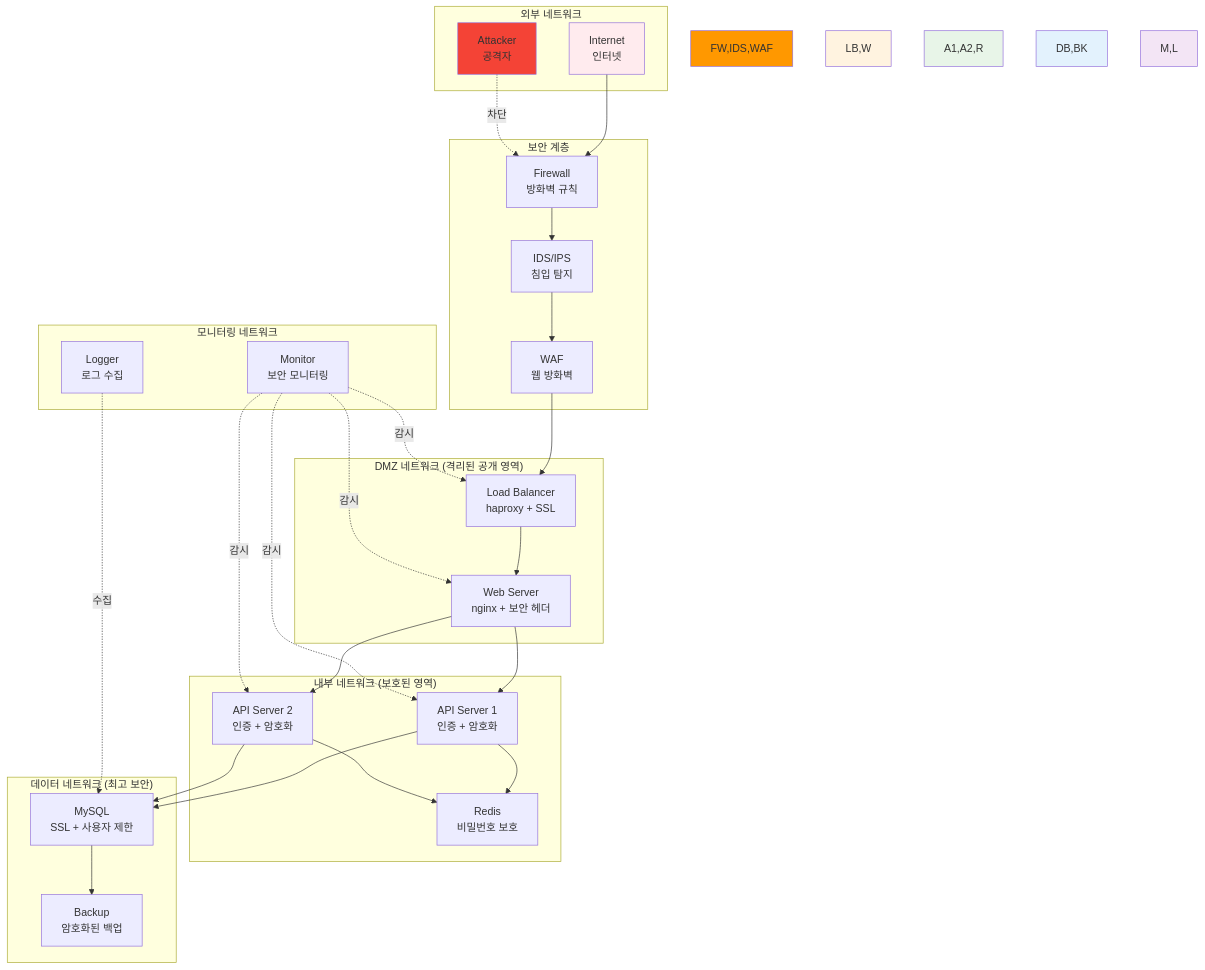
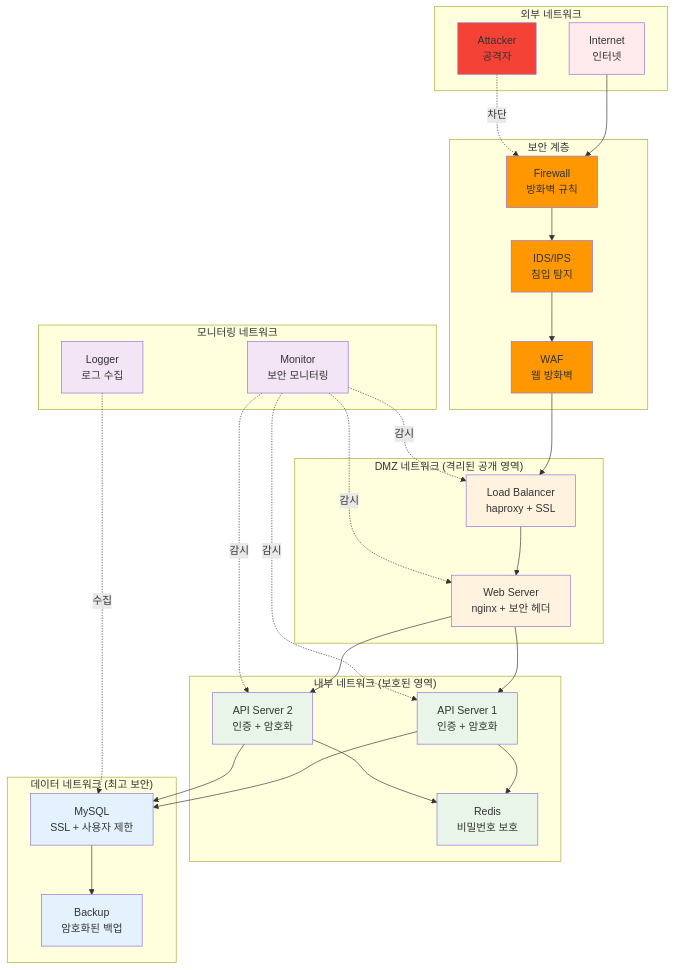
One commit to niceguy61/kdt_devops_lecture_2025 changed the diagram in theory/week_02/day1/lab_2.md. Above: the diagram before and after it, drawn with Mermaid.

Commit message:
mermaid 수정

````diff
--- a/theory/week_02/day1/lab_2.md
+++ b/theory/week_02/day1/lab_2.md
@@ -30,62 +30,69 @@
 ```mermaid
 graph TB
     subgraph "외부 네트워크"
         I[Internet<br/>인터넷]
         A[Attacker<br/>공격자]
     end
     
     subgraph "보안 계층"
         FW[Firewall<br/>방화벽 규칙]
         IDS[IDS/IPS<br/>침입 탐지]
         WAF[WAF<br/>웹 방화벽]
     end
     
     subgraph "DMZ 네트워크 (격리된 공개 영역)"
         LB[Load Balancer<br/>haproxy + SSL]
         W[Web Server<br/>nginx + 보안 헤더]
     end
     
     subgraph "내부 네트워크 (보호된 영역)"
         A1[API Server 1<br/>인증 + 암호화]
         A2[API Server 2<br/>인증 + 암호화]
         R[Redis<br/>비밀번호 보호]
     end
     
     subgraph "데이터 네트워크 (최고 보안)"
         DB[MySQL<br/>SSL + 사용자 제한]
         BK[Backup<br/>암호화된 백업]
     end
     
     subgraph "모니터링 네트워크"
         M[Monitor<br/>보안 모니터링]
         L[Logger<br/>로그 수집]
     end
     
     I --> FW
     A -.차단.-> FW
     FW --> IDS
     IDS --> WAF
     WAF --> LB
     LB --> W
     W --> A1
     W --> A2
     A1 --> R
     A2 --> R
     A1 --> DB
     A2 --> DB
     DB --> BK
     
     M -.감시.-> LB
     M -.감시.-> W
     M -.감시.-> A1
     M -.감시.-> A2
     L -.수집.-> DB
     
     style I fill:#ffebee
     style A fill:#f44336
-    style FW,IDS,WAF fill:#ff9800
-    style LB,W fill:#fff3e0
-    style A1,A2,R fill:#e8f5e8
-    style DB,BK fill:#e3f2fd
-    style M,L fill:#f3e5f5
+    style FW fill:#ff9800
+    style IDS fill:#ff9800
+    style WAF fill:#ff9800
+    style LB fill:#fff3e0
+    style W fill:#fff3e0
+    style A1 fill:#e8f5e8
+    style A2 fill:#e8f5e8
+    style R fill:#e8f5e8
+    style DB fill:#e3f2fd
+    style BK fill:#e3f2fd
+    style M fill:#f3e5f5
+    style L fill:#f3e5f5
 ```
````
